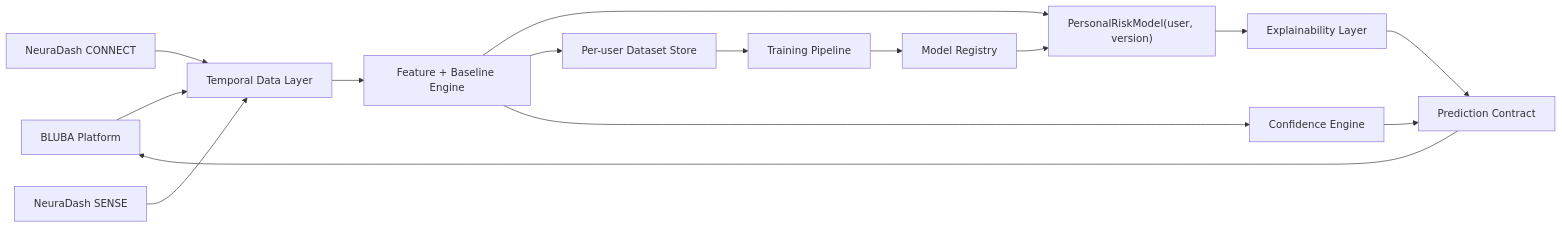
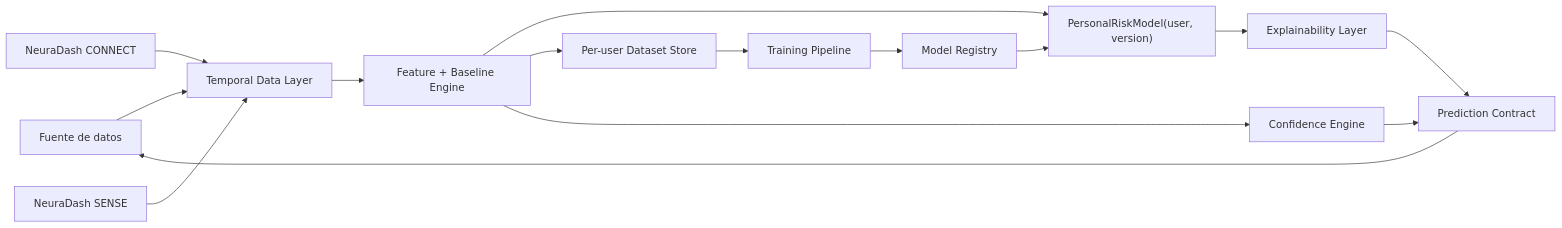
Before and after one commit to ValentinaCifuentes/NeuroDash: the second of 2 diagrams in docs/NeuraDash_Arquitectura_Tecnica_Completa_CONSISTENTE.md, drawn with Mermaid. The commit also changed other lines of this file and 5 other files, not shown here.

````diff
--- a/docs/NeuraDash_Arquitectura_Tecnica_Completa_CONSISTENTE.md
+++ b/docs/NeuraDash_Arquitectura_Tecnica_Completa_CONSISTENTE.md
@@ -222,26 +222,26 @@
 ```mermaid
 flowchart LR
-    B["BLUBA Platform"]
+    B["Fuente de datos"]
     C["NeuraDash CONNECT"]
     S["NeuraDash SENSE"]
     TP["Temporal Data Layer"]
     FE["Feature + Baseline Engine"]
     DS["Per-user Dataset Store"]
     TR["Training Pipeline"]
     MR["Model Registry"]
     PM["PersonalRiskModel(user, version)"]
     CE["Confidence Engine"]
     XAI["Explainability Layer"]
     CT["Prediction Contract"]
 
     B --> TP
     C --> TP
     S --> TP
     TP --> FE
     FE --> PM
     FE --> DS
     DS --> TR --> MR --> PM
     PM --> XAI --> CT
     FE --> CE --> CT
     CT --> B
 ```
````
